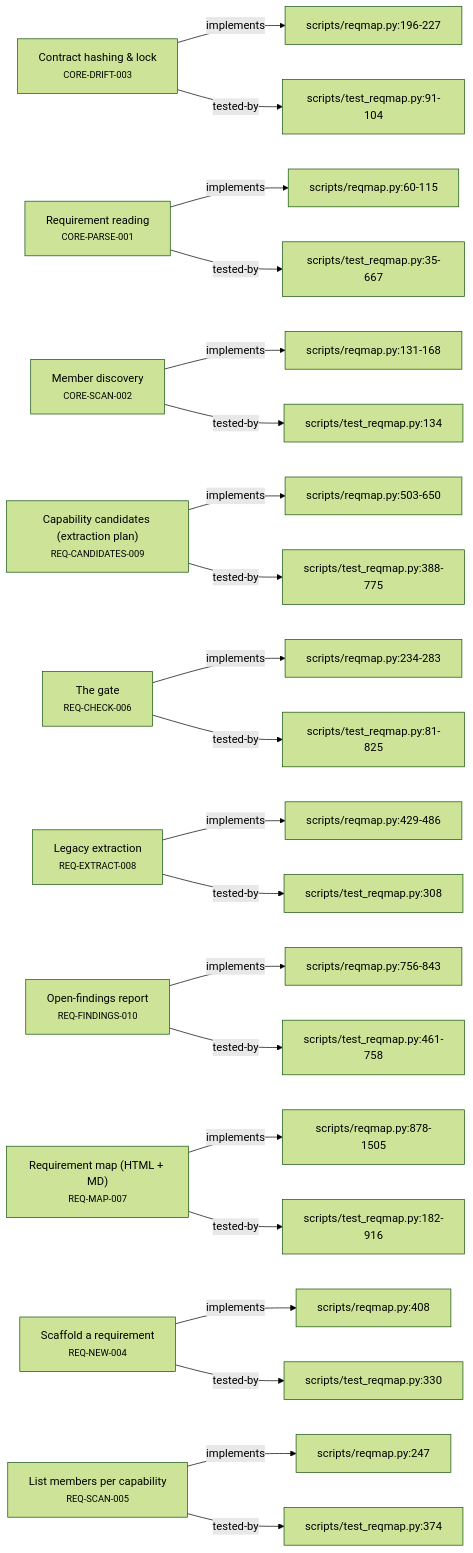
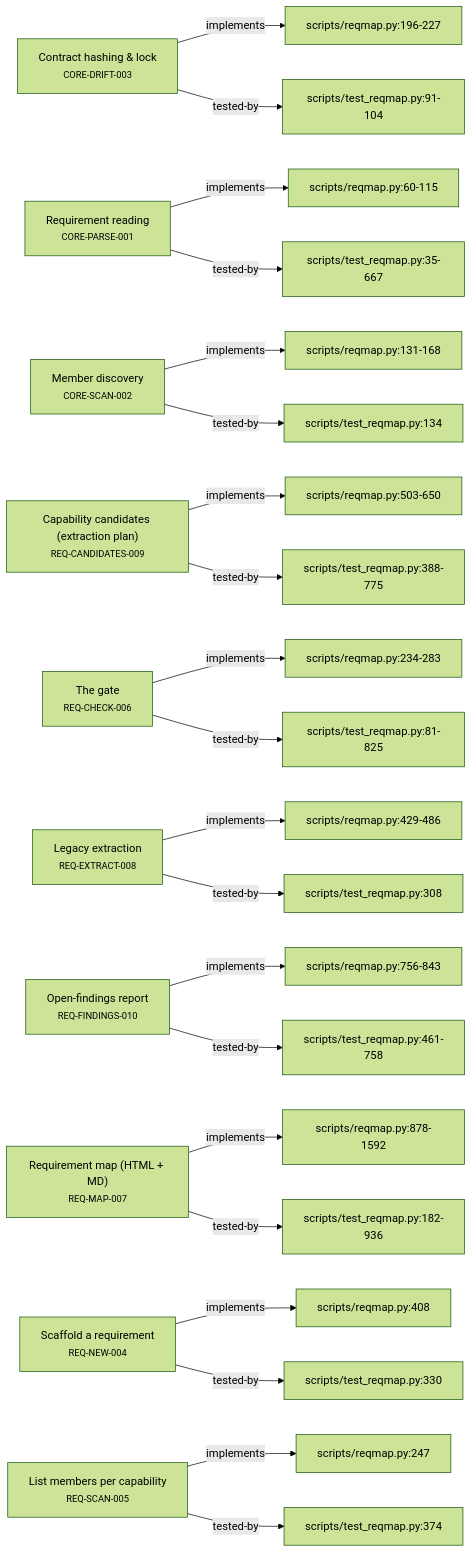
The second of 4 diagrams in plugin/requirements/_map.md (alxmax/Requirement-manager), drawn with Mermaid (forest theme) before and after one commit. The commit also changed other lines of this file and 11 other files, not shown here.

````diff
--- a/plugin/requirements/_map.md
+++ b/plugin/requirements/_map.md
@@ -38,53 +38,53 @@
 ```mermaid
 graph LR
   CORE_DRIFT_003["Contract hashing & lock<br><small>CORE-DRIFT-003</small>"]
   f_scripts_reqmap_py_196_227["scripts/reqmap.py:196-227"]
   CORE_DRIFT_003 -->|implements| f_scripts_reqmap_py_196_227
   f_scripts_test_reqmap_py_91_104["scripts/test_reqmap.py:91-104"]
   CORE_DRIFT_003 -->|tested-by| f_scripts_test_reqmap_py_91_104
   CORE_PARSE_001["Requirement reading<br><small>CORE-PARSE-001</small>"]
   f_scripts_reqmap_py_60_115["scripts/reqmap.py:60-115"]
   CORE_PARSE_001 -->|implements| f_scripts_reqmap_py_60_115
   f_scripts_test_reqmap_py_35_667["scripts/test_reqmap.py:35-667"]
   CORE_PARSE_001 -->|tested-by| f_scripts_test_reqmap_py_35_667
   CORE_SCAN_002["Member discovery<br><small>CORE-SCAN-002</small>"]
   f_scripts_reqmap_py_131_168["scripts/reqmap.py:131-168"]
   CORE_SCAN_002 -->|implements| f_scripts_reqmap_py_131_168
   f_scripts_test_reqmap_py_134["scripts/test_reqmap.py:134"]
   CORE_SCAN_002 -->|tested-by| f_scripts_test_reqmap_py_134
   REQ_CANDIDATES_009["Capability candidates (extraction plan)<br><small>REQ-CANDIDATES-009</small>"]
   f_scripts_reqmap_py_503_650["scripts/reqmap.py:503-650"]
   REQ_CANDIDATES_009 -->|implements| f_scripts_reqmap_py_503_650
   f_scripts_test_reqmap_py_388_775["scripts/test_reqmap.py:388-775"]
   REQ_CANDIDATES_009 -->|tested-by| f_scripts_test_reqmap_py_388_775
   REQ_CHECK_006["The gate<br><small>REQ-CHECK-006</small>"]
   f_scripts_reqmap_py_234_283["scripts/reqmap.py:234-283"]
   REQ_CHECK_006 -->|implements| f_scripts_reqmap_py_234_283
   f_scripts_test_reqmap_py_81_825["scripts/test_reqmap.py:81-825"]
   REQ_CHECK_006 -->|tested-by| f_scripts_test_reqmap_py_81_825
   REQ_EXTRACT_008["Legacy extraction<br><small>REQ-EXTRACT-008</small>"]
   f_scripts_reqmap_py_429_486["scripts/reqmap.py:429-486"]
   REQ_EXTRACT_008 -->|implements| f_scripts_reqmap_py_429_486
   f_scripts_test_reqmap_py_308["scripts/test_reqmap.py:308"]
   REQ_EXTRACT_008 -->|tested-by| f_scripts_test_reqmap_py_308
   REQ_FINDINGS_010["Open-findings report<br><small>REQ-FINDINGS-010</small>"]
   f_scripts_reqmap_py_756_843["scripts/reqmap.py:756-843"]
   REQ_FINDINGS_010 -->|implements| f_scripts_reqmap_py_756_843
   f_scripts_test_reqmap_py_461_758["scripts/test_reqmap.py:461-758"]
   REQ_FINDINGS_010 -->|tested-by| f_scripts_test_reqmap_py_461_758
   REQ_MAP_007["Requirement map (HTML + MD)<br><small>REQ-MAP-007</small>"]
-  f_scripts_reqmap_py_878_1505["scripts/reqmap.py:878-1505"]
-  REQ_MAP_007 -->|implements| f_scripts_reqmap_py_878_1505
-  f_scripts_test_reqmap_py_182_916["scripts/test_reqmap.py:182-916"]
-  REQ_MAP_007 -->|tested-by| f_scripts_test_reqmap_py_182_916
+  f_scripts_reqmap_py_878_1592["scripts/reqmap.py:878-1592"]
+  REQ_MAP_007 -->|implements| f_scripts_reqmap_py_878_1592
+  f_scripts_test_reqmap_py_182_936["scripts/test_reqmap.py:182-936"]
+  REQ_MAP_007 -->|tested-by| f_scripts_test_reqmap_py_182_936
   REQ_NEW_004["Scaffold a requirement<br><small>REQ-NEW-004</small>"]
   f_scripts_reqmap_py_408["scripts/reqmap.py:408"]
   REQ_NEW_004 -->|implements| f_scripts_reqmap_py_408
   f_scripts_test_reqmap_py_330["scripts/test_reqmap.py:330"]
   REQ_NEW_004 -->|tested-by| f_scripts_test_reqmap_py_330
   REQ_SCAN_005["List members per capability<br><small>REQ-SCAN-005</small>"]
   f_scripts_reqmap_py_247["scripts/reqmap.py:247"]
   REQ_SCAN_005 -->|implements| f_scripts_reqmap_py_247
   f_scripts_test_reqmap_py_374["scripts/test_reqmap.py:374"]
   REQ_SCAN_005 -->|tested-by| f_scripts_test_reqmap_py_374
 ```
````
